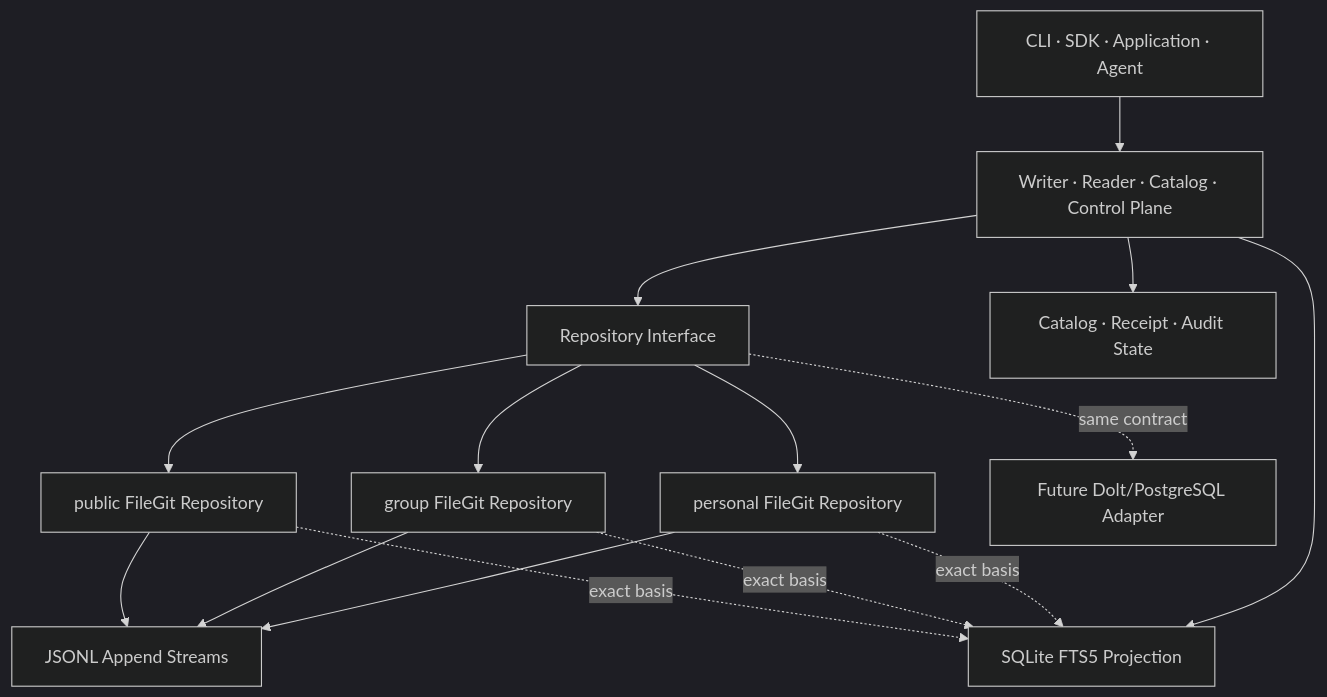
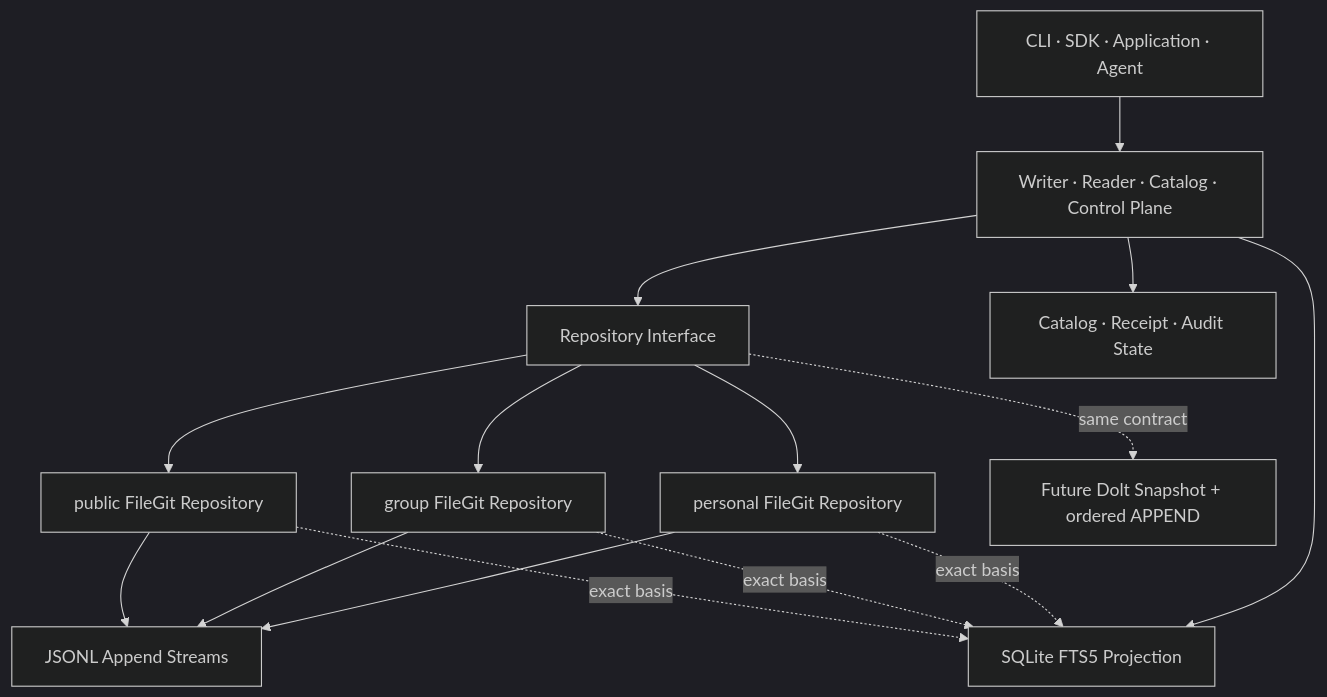
Diagram 16 of 17 in docs/KNOWLEDGE_CATALOG_DESIGN.md (AlexKaiqi/knowledge-catalog), drawn with Mermaid (dark theme) before and after one commit. The commit also changed other lines of this file and 227 other files, not shown here.

````diff
--- a/docs/KNOWLEDGE_CATALOG_DESIGN.md
+++ b/docs/KNOWLEDGE_CATALOG_DESIGN.md
@@ -1172,29 +1373,29 @@
 ```mermaid
 %% diagram:reference-deployment
 flowchart TB
   CLI[CLI · SDK · Application · Agent]
   API[Writer · Reader · Catalog · Control Plane]
   RI[Repository Interface]
   R1[public FileGit Repository]
   R2[group FileGit Repository]
   R3[personal FileGit Repository]
   ST[JSONL Append Streams]
   IX[SQLite FTS5 Projection]
   META[Catalog · Receipt · Audit State]
-  FUT[Future Dolt/PostgreSQL Adapter]
+  FUT[Future Dolt Snapshot + ordered APPEND]
 
   CLI --> API
   API --> RI
   RI --> R1
   RI --> R2
   RI --> R3
   R1 --> ST
   R2 --> ST
   R3 --> ST
   R1 -. exact basis .-> IX
   R2 -. exact basis .-> IX
   R3 -. exact basis .-> IX
   API --> IX
   API --> META
   RI -. same contract .-> FUT
 ```
````
